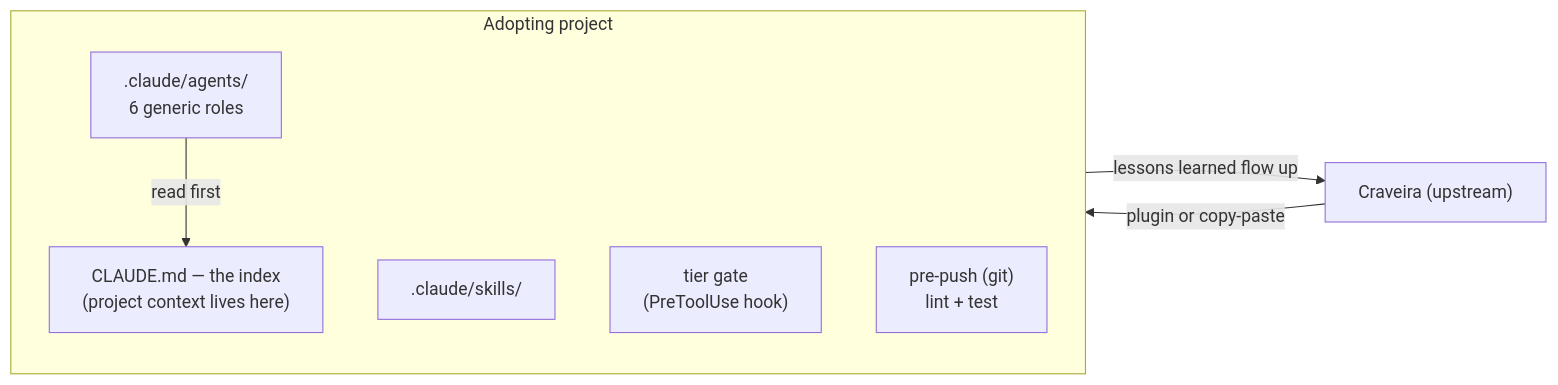
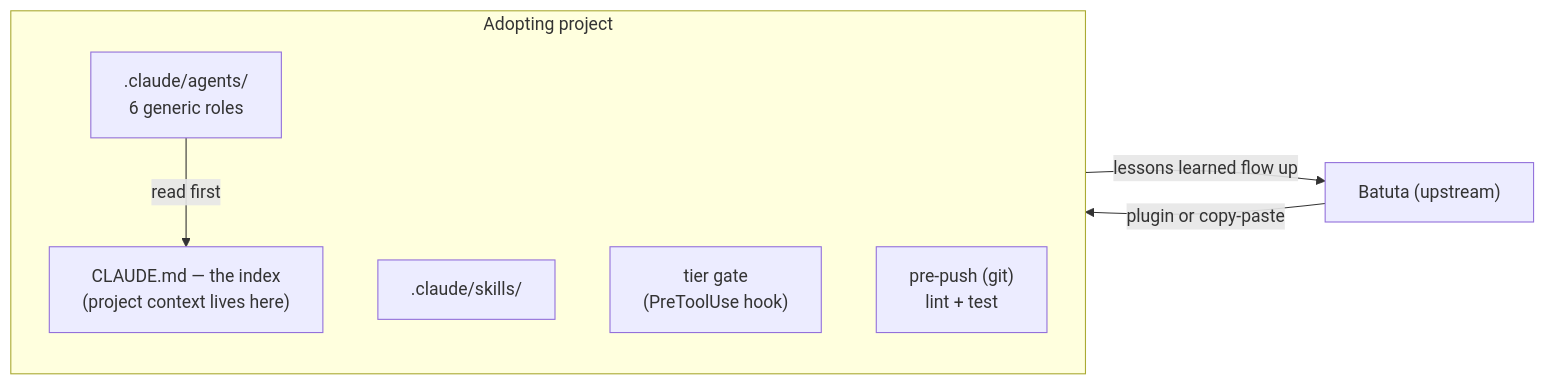
The first of 2 diagrams in README.md (Ahlut/batuta), drawn with Mermaid before and after one commit. The commit also changed other lines of this file and 8 other files, not shown here.

First line of the commit message:
rename: Craveira → Batuta, the name it was built under

````diff
--- a/README.md
+++ b/README.md
@@ -47,13 +47,13 @@
 ```mermaid
 flowchart LR
-    BA["Craveira (upstream)"] -->|"plugin or copy-paste"| project
+    BA["Batuta (upstream)"] -->|"plugin or copy-paste"| project
     subgraph project["Adopting project"]
         CM["CLAUDE.md — the index<br/>(project context lives here)"]
         AG[".claude/agents/<br/>6 generic roles"]
         SK[".claude/skills/"]
         TB["tier gate<br/>(PreToolUse hook)"]
         PP["pre-push (git)<br/>lint + test"]
     end
     AG -->|"read first"| CM
     project -->|"lessons learned flow up"| BA
 ```
````
